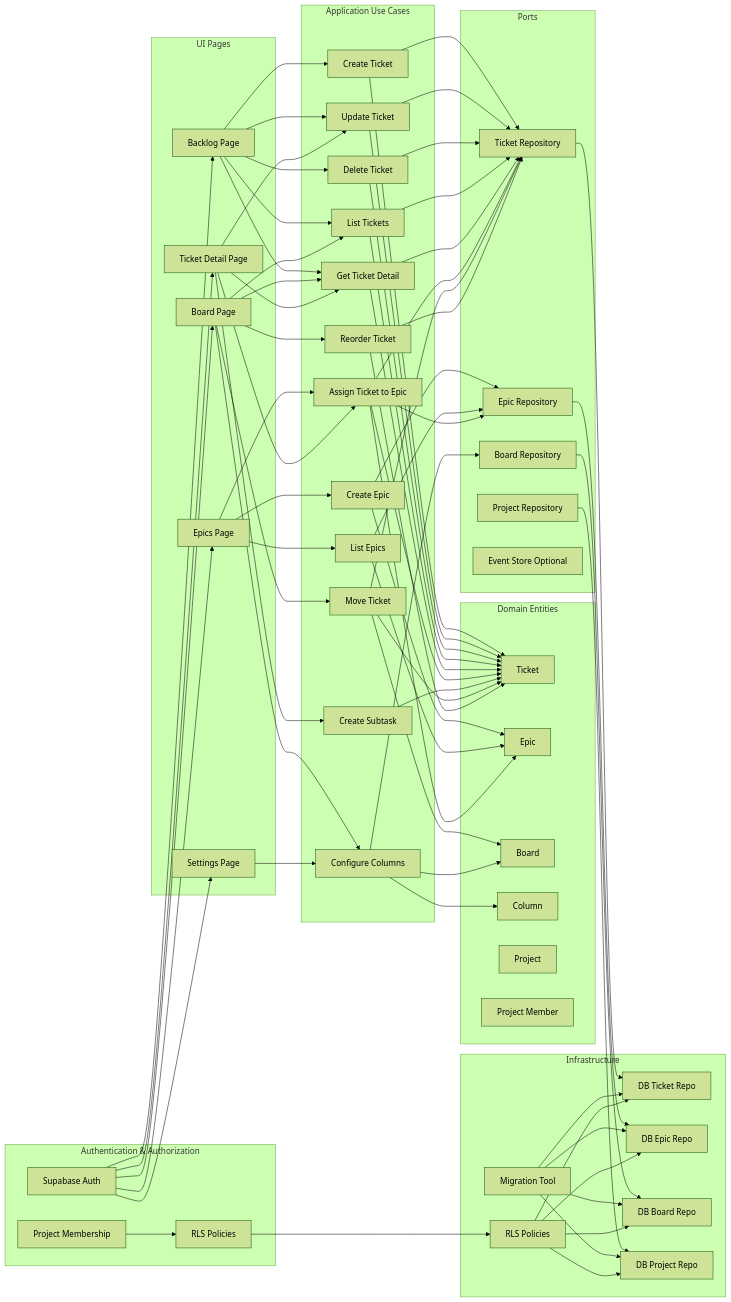
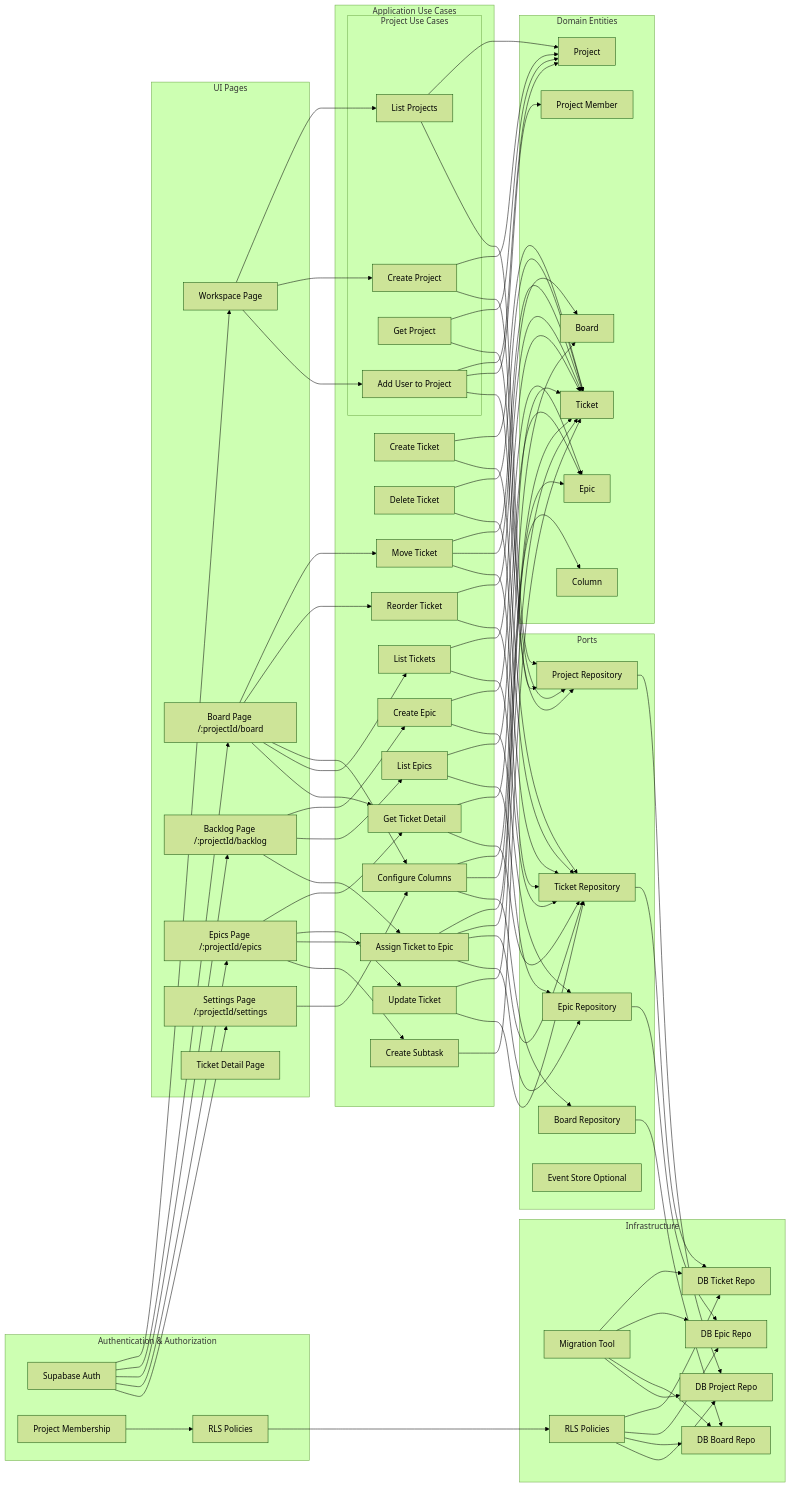
One commit to mc6ril/workbench changed the fourth of 5 diagrams in .cursor/docs/flowchart.md. Above: the diagram before and after it, drawn with Mermaid (forest theme). The commit also changed other lines of this file and 24 other files, not shown here.

```diff
--- a/.cursor/docs/flowchart.md
+++ b/.cursor/docs/flowchart.md
@@ -126,14 +126,21 @@
    end
 
    subgraph UI[UI Pages]
-      UI1[Backlog Page]
-      UI2[Board Page]
-      UI3[Epics Page]
-      UI4[Ticket Detail Page]
-      UI5[Settings Page]
+      UI1[Workspace Page]
+      UI2[Board Page /:projectId/board]
+      UI3[Backlog Page /:projectId/backlog]
+      UI4[Epics Page /:projectId/epics]
+      UI5[Settings Page /:projectId/settings]
+      UI6[Ticket Detail Page]
    end
 
    subgraph APP[Application Use Cases]
+      subgraph PROJ_UC[Project Use Cases]
+         UC_PROJ1[List Projects]
+         UC_PROJ2[Create Project]
+         UC_PROJ3[Get Project]
+         UC_PROJ4[Add User to Project]
+      end
       UC1[Create Ticket]
       UC2[Update Ticket]
       UC3[Delete Ticket]
@@ -181,11 +188,9 @@
    A1 --> UI5
    A3 --> A2
 
-   UI1 --> UC1
-   UI1 --> UC4
-   UI1 --> UC12
-   UI1 --> UC2
-   UI1 --> UC3
+   UI1 --> UC_PROJ1
+   UI1 --> UC_PROJ2
+   UI1 --> UC_PROJ4
 
    UI2 --> UC8
    UI2 --> UC9
@@ -204,6 +209,11 @@
 
    UI5 --> UC10
 
+   UC_PROJ1 --> D5
+   UC_PROJ2 --> D5
+   UC_PROJ3 --> D5
+   UC_PROJ4 --> D5
+   UC_PROJ4 --> D6
    UC1 --> D1
    UC2 --> D1
    UC3 --> D1
@@ -220,6 +230,10 @@
    UC10 --> D3
    UC10 --> D4
 
+   UC_PROJ1 --> P4
+   UC_PROJ2 --> P4
+   UC_PROJ3 --> P4
+   UC_PROJ4 --> P4
    UC1 --> P1
    UC2 --> P1
    UC3 --> P1
```
